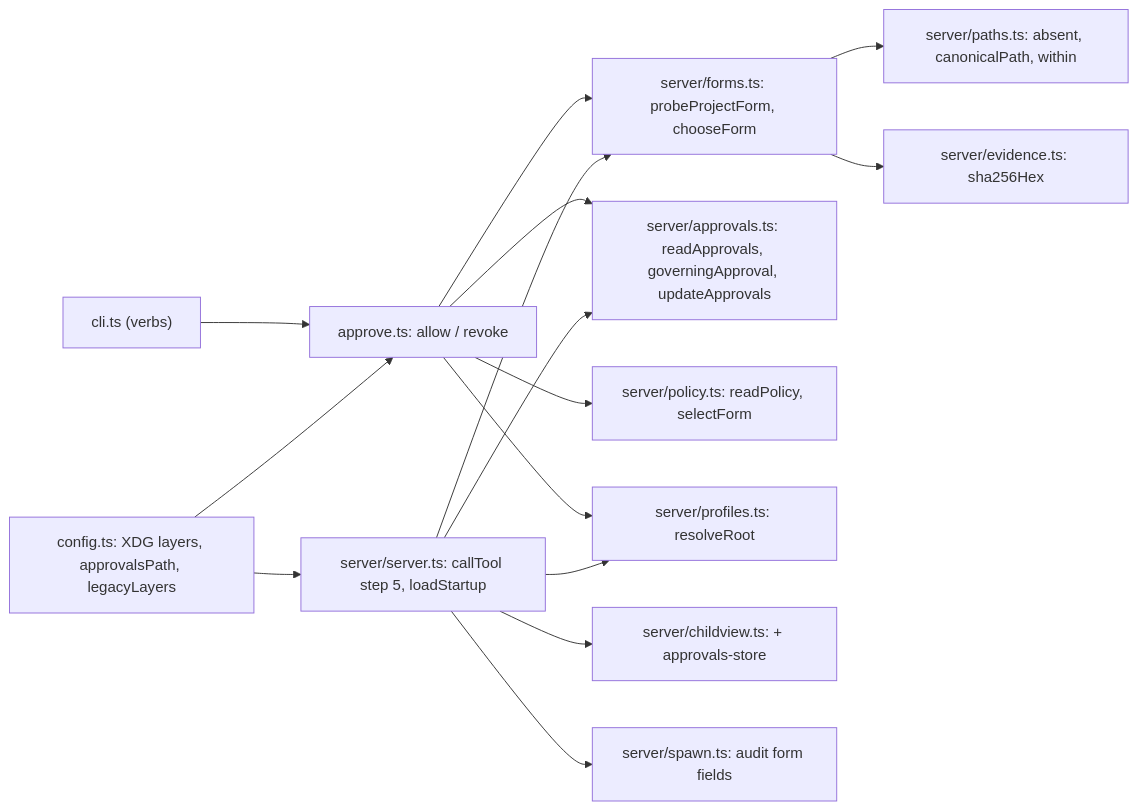
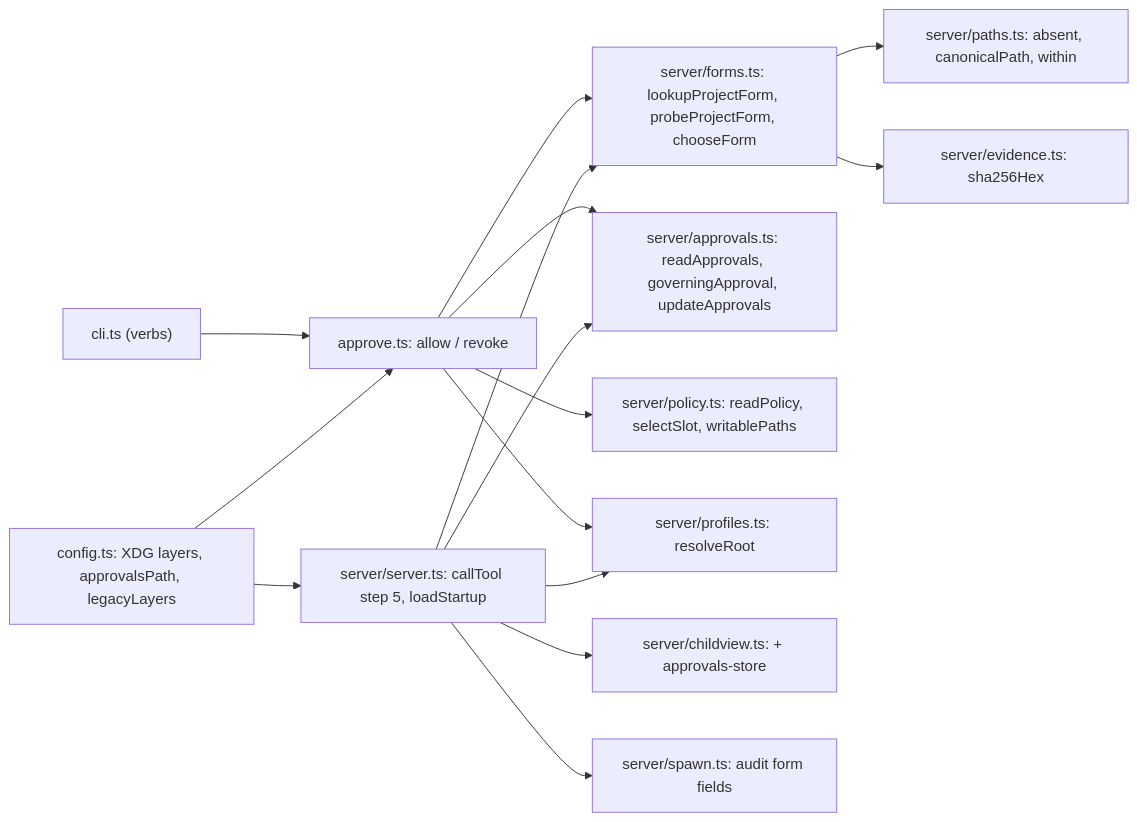
The fourth of 4 diagrams in .doctrine/slice/002/design.md (davidlee/quotient), drawn with Mermaid before and after one commit. The commit also changed other lines of this file and 2 other files, not shown here.

````diff
--- a/.doctrine/slice/002/design.md
+++ b/.doctrine/slice/002/design.md
@@ -384,17 +411,17 @@
 ```mermaid
 flowchart LR
   CLI["cli.ts (verbs)"] --> APV["approve.ts: allow / revoke"]
-  APV --> FRM["server/forms.ts: probeProjectForm, chooseForm"]
+  APV --> FRM["server/forms.ts: lookupProjectForm, probeProjectForm, chooseForm"]
   APV --> APS["server/approvals.ts: readApprovals, governingApproval, updateApprovals"]
-  APV --> POL["server/policy.ts: readPolicy, selectForm"]
+  APV --> POL["server/policy.ts: readPolicy, selectSlot, writablePaths"]
   APV --> PRF["server/profiles.ts: resolveRoot"]
   SRV["server/server.ts: callTool step 5, loadStartup"] --> FRM
   SRV --> APS
   SRV --> PRF
   SRV --> CV["server/childview.ts: + approvals-store"]
   SRV --> SPN["server/spawn.ts: audit form fields"]
   FRM --> PTH["server/paths.ts: absent, canonicalPath, within"]
   FRM --> EVD["server/evidence.ts: sha256Hex"]
   CFG["config.ts: XDG layers, approvalsPath, legacyLayers"] --> SRV
   CFG --> APV
 ```
````
